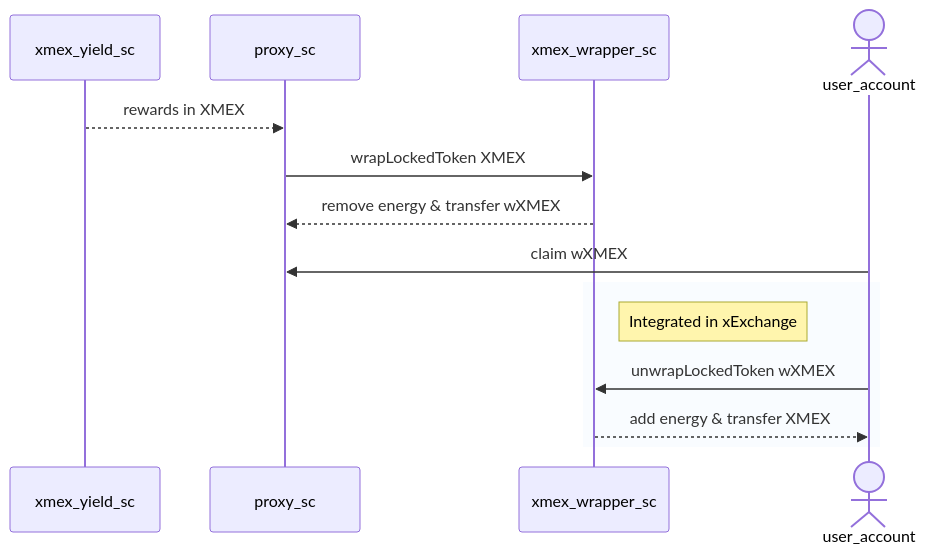
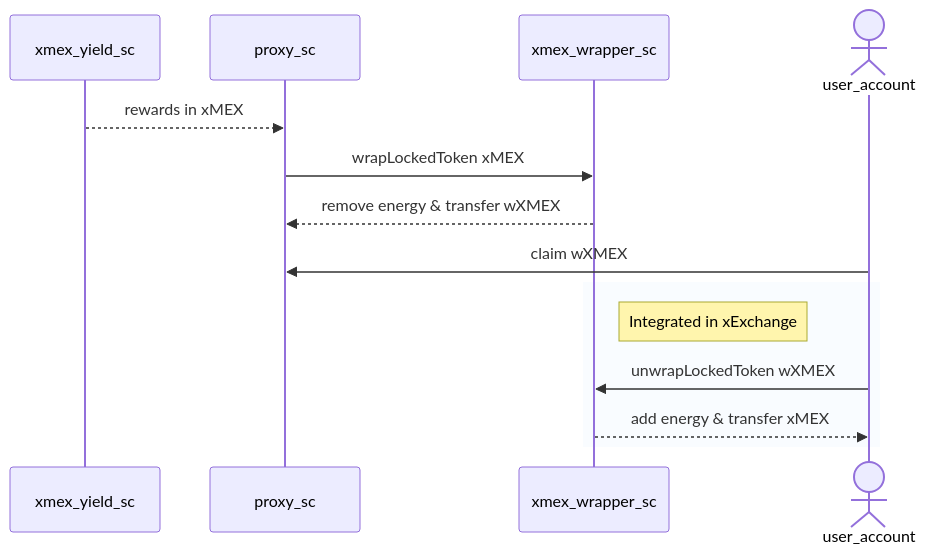
One commit to multiversx/mx-exchange-docs changed the second of 2 diagrams in docs/developers/xmex-transfer.md. Above: the diagram before and after it, drawn with Mermaid. The commit also changed other lines of this file and 5 other files, not shown here.

Commit message:
MEX-768: fixes xMEX label. Updates energy formulas.

````diff
--- a/docs/developers/xmex-transfer.md
+++ b/docs/developers/xmex-transfer.md
@@ -72,16 +72,16 @@
 ```mermaid
 sequenceDiagram
     participant xmex_yield_sc
     participant proxy_sc
     participant xmex_wrapper_sc
     actor user_account
-    xmex_yield_sc-->>proxy_sc: rewards in XMEX
-    proxy_sc->>xmex_wrapper_sc: wrapLockedToken XMEX
+    xmex_yield_sc-->>proxy_sc: rewards in xMEX
+    proxy_sc->>xmex_wrapper_sc: wrapLockedToken xMEX
     xmex_wrapper_sc-->>proxy_sc: remove energy & transfer wXMEX
     user_account->>proxy_sc: claim wXMEX
     rect rgba(191, 223, 255, .1)
     note right of xmex_wrapper_sc: Integrated in xExchange
     user_account->>xmex_wrapper_sc: unwrapLockedToken wXMEX
-    xmex_wrapper_sc-->>user_account: add energy & transfer XMEX
+    xmex_wrapper_sc-->>user_account: add energy & transfer xMEX
     end
 ```
````
